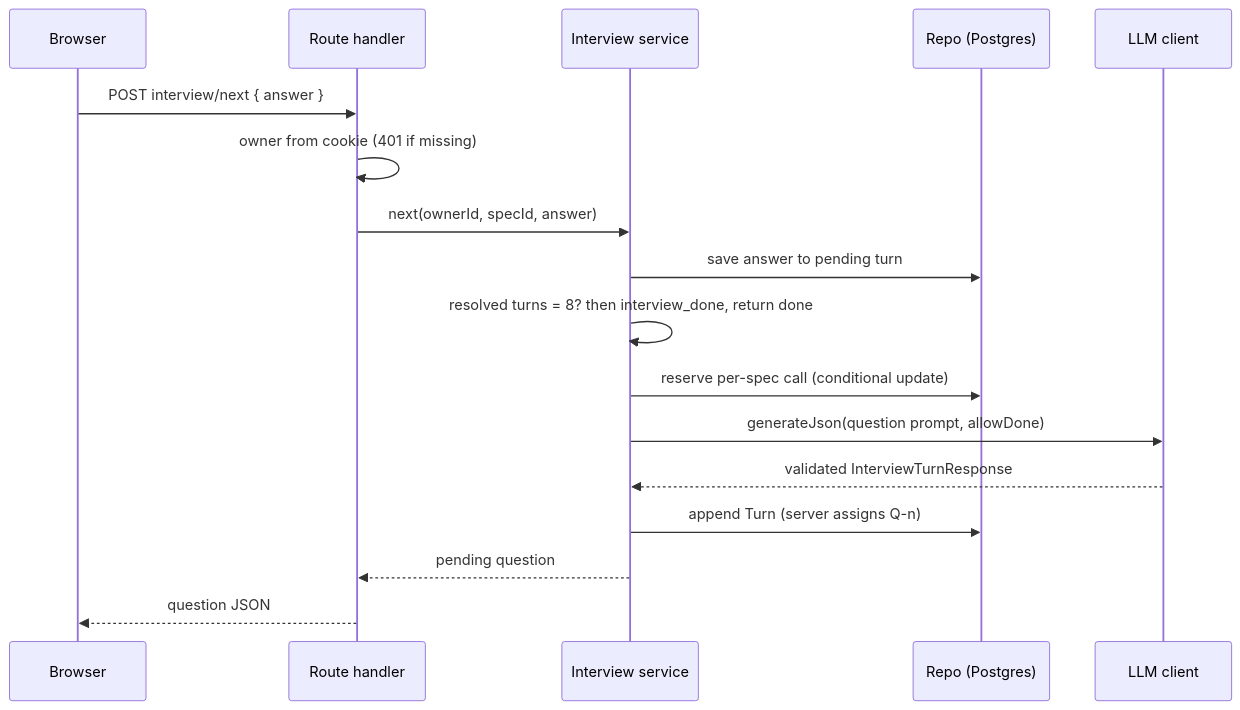
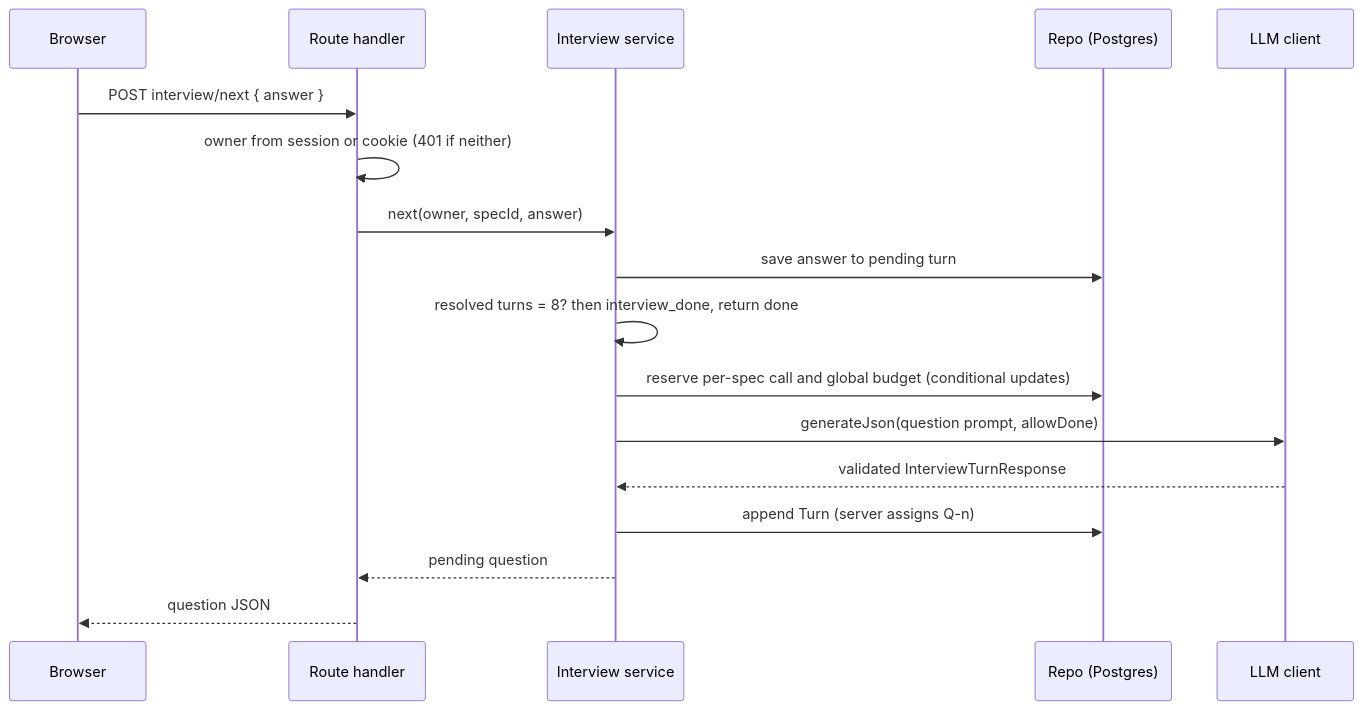
Before and after one commit to anudeepbakka/spec-studio: the second of 6 diagrams in docs/ARCHITECTURE.md, drawn with Mermaid. The commit also changed other lines of this file and 16 other files, not shown here.

````diff
--- a/docs/ARCHITECTURE.md
+++ b/docs/ARCHITECTURE.md
@@ -43,20 +43,20 @@
 ```mermaid
 sequenceDiagram
     participant B as Browser
     participant R as Route handler
     participant I as Interview service
     participant D as Repo (Postgres)
     participant L as LLM client
 
     B->>R: POST interview/next { answer }
-    R->>R: owner from cookie (401 if missing)
-    R->>I: next(ownerId, specId, answer)
+    R->>R: owner from session or cookie (401 if neither)
+    R->>I: next(owner, specId, answer)
     I->>D: save answer to pending turn
     I->>I: resolved turns = 8? then interview_done, return done
-    I->>D: reserve per-spec call (conditional update)
+    I->>D: reserve per-spec call and global budget (conditional updates)
     I->>L: generateJson(question prompt, allowDone)
     L-->>I: validated InterviewTurnResponse
     I->>D: append Turn (server assigns Q-n)
     I-->>R: pending question
     R-->>B: question JSON
 ```
````
